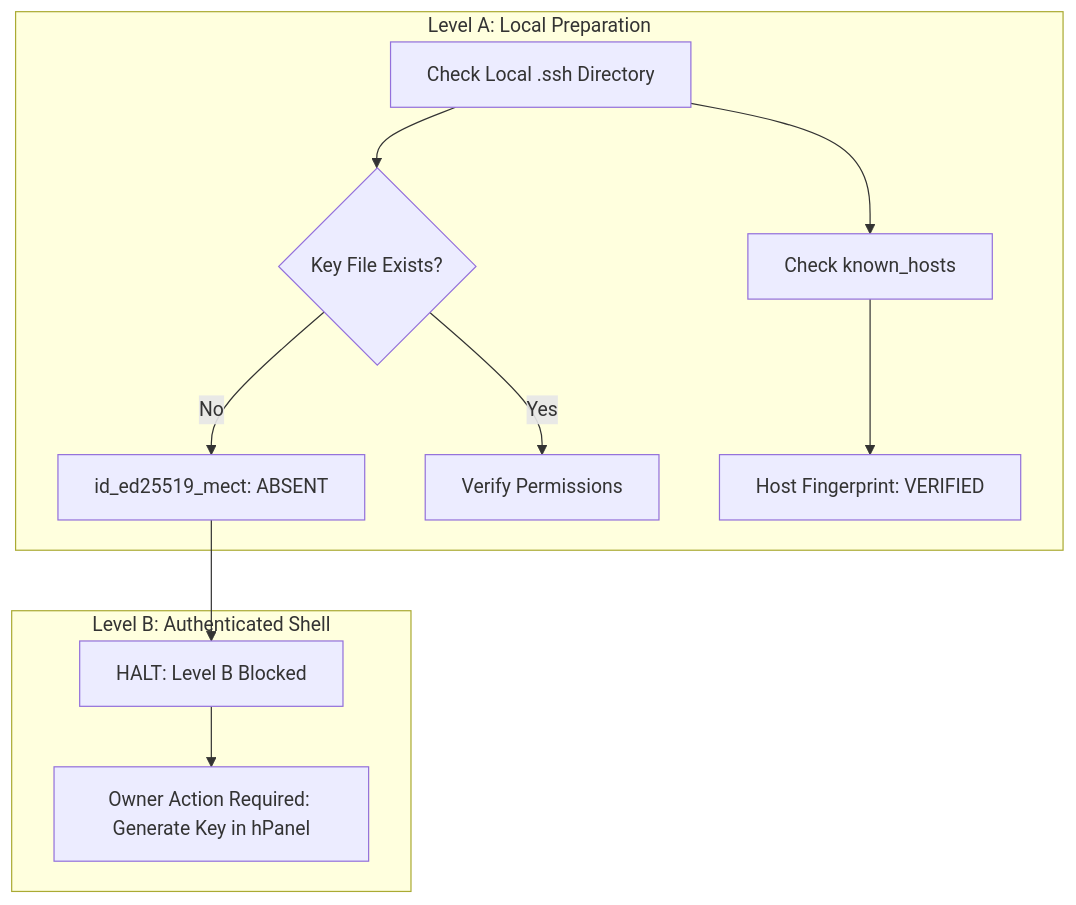
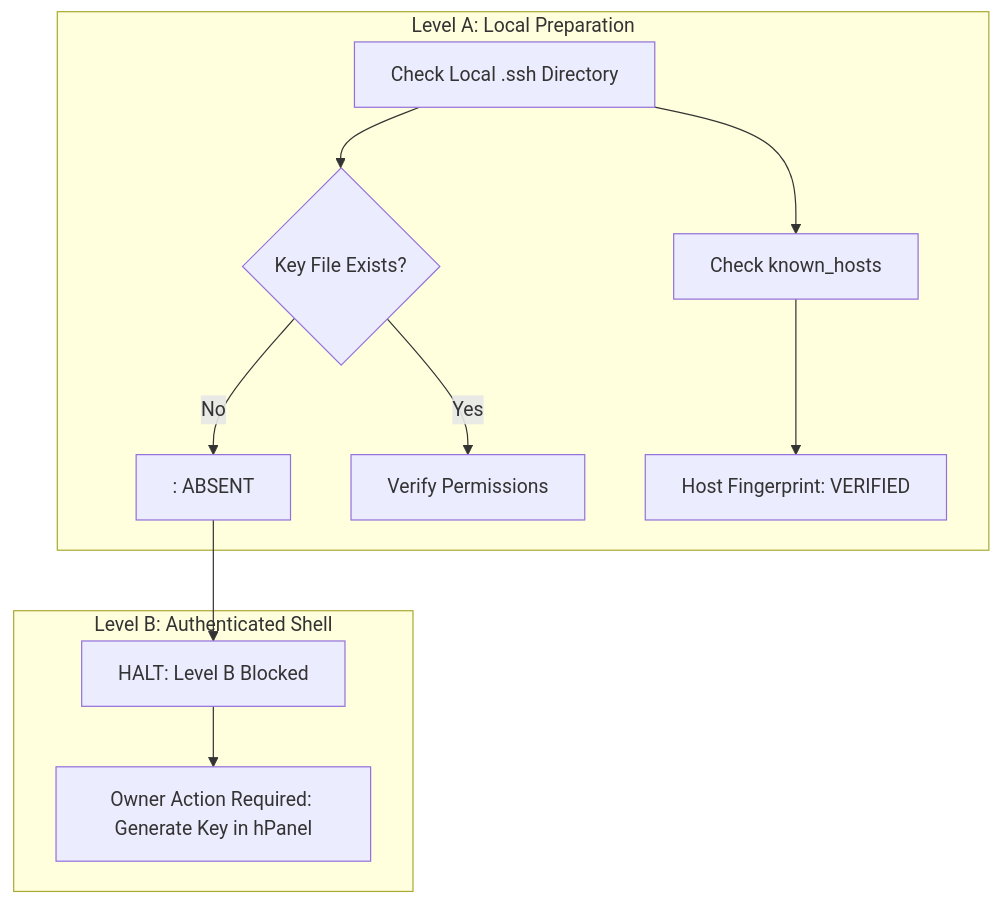
Before and after one commit to Himansu-Nayak/MECT: the diagram in MECT_PHASE_29_4_2D_SSH_AUTHENTICATION_REPORT.md, drawn with Mermaid. The commit also changed other lines of this file and 208 other files, not shown here.

````diff
--- a/MECT_PHASE_29_4_2D_SSH_AUTHENTICATION_REPORT.md
+++ b/MECT_PHASE_29_4_2D_SSH_AUTHENTICATION_REPORT.md
@@ -35,15 +35,15 @@
 ```mermaid
 flowchart TD
     subgraph Level A: Local Preparation
         A1[Check Local .ssh Directory] --> A2{Key File Exists?}
-        A2 -- No --> A3[id_ed25519_mect: ABSENT]
+        A2 -- No --> A3[<SSH_KEY_NAME>: ABSENT]
         A2 -- Yes --> A4[Verify Permissions]
         A1 --> A5[Check known_hosts]
         A5 --> A6[Host Fingerprint: VERIFIED]
     end
 
     subgraph Level B: Authenticated Shell
         A3 --> B1[HALT: Level B Blocked]
         B1 --> B2[Owner Action Required: Generate Key in hPanel]
     end
 ```
````
